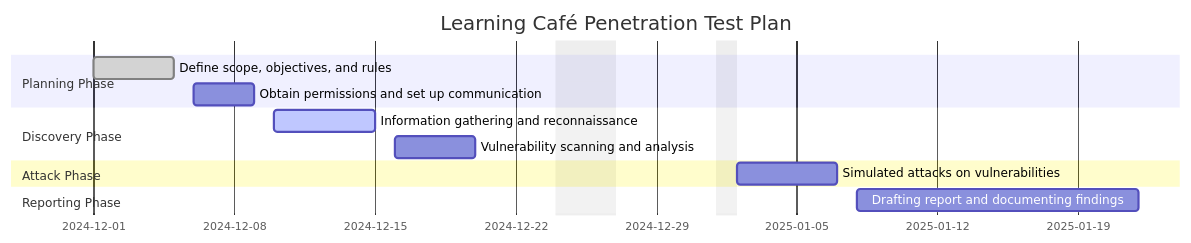
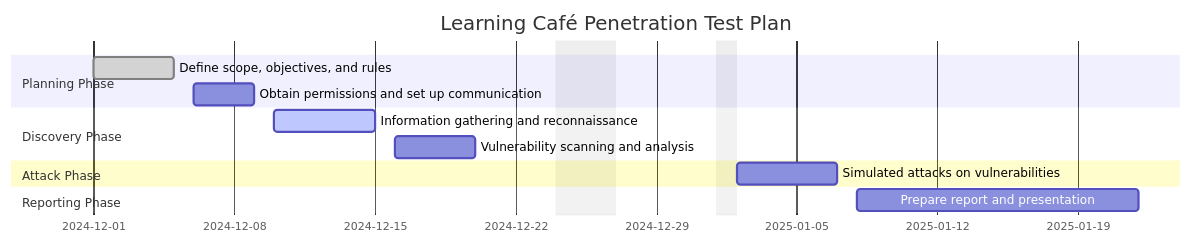
One commit to upyesp/BS7204 changed the third of 3 diagrams in slides/Slides.md. Above: the diagram before and after it, drawn with Mermaid. The commit also changed other lines of this file, not shown here.

```diff
--- a/slides/Slides.md
+++ b/slides/Slides.md
@@ -71,19 +74,19 @@
 <div class="mermaid">
 gantt
     title Learning Café Penetration Test Plan
     todayMarker off
     dateFormat  YYYY-MM-DD
     tickInterval 1week
     excludes    2024-12-24,2024-12-25,2024-12-26,2025-01-01
     section Planning Phase
     Define scope, objectives, and rules    :done, p1, 2024-12-01, 2024-12-05
     Obtain permissions and set up communication    :p2, 2024-12-06, 2024-12-09
     section Discovery Phase
     Information gathering and reconnaissance :active, d1, 2024-12-10, 2024-12-15
     Vulnerability scanning and analysis      :d2, 2024-12-16, 2024-12-20
     section Attack Phase
     Simulated attacks on vulnerabilities     :a1, 2025-01-02, 2025-01-07
     section Reporting Phase
-    Drafting report and documenting findings :r1, 2025-01-08, 2025-01-22
+    Prepare report and presentation :r1, 2025-01-08, 2025-01-22
 
 </div>
```
